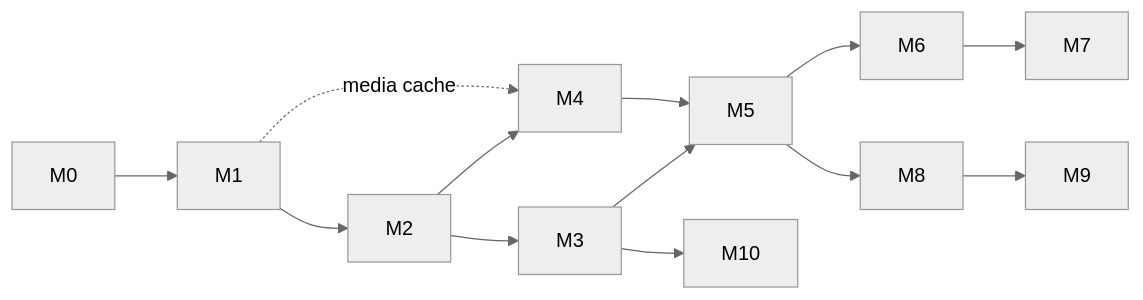
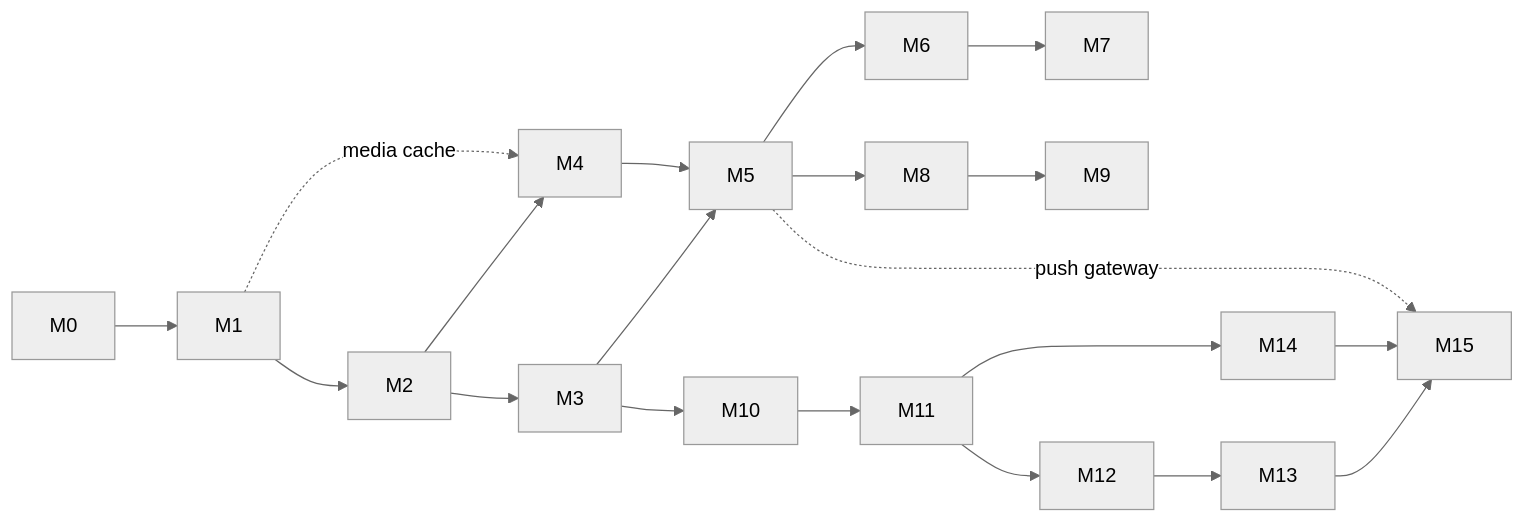
The second of 2 diagrams in docs/ROADMAP.md (evan1ee/halo), drawn with Mermaid (neutral theme) before and after one commit. The commit also changed other lines of this file and 16 other files, not shown here.

````diff
--- a/docs/ROADMAP.md
+++ b/docs/ROADMAP.md
@@ -158,9 +244,12 @@
 ```mermaid
 flowchart LR
   M0 --> M1 --> M2 --> M3 --> M5
   M2 --> M4 --> M5
   M3 --> M10
   M5 --> M6 --> M7
   M5 --> M8 --> M9
   M1 -. media cache .-> M4
+  M10 --> M11 --> M12 --> M13 --> M15
+  M11 --> M14 --> M15
+  M5 -. push gateway .-> M15
 ```
````
